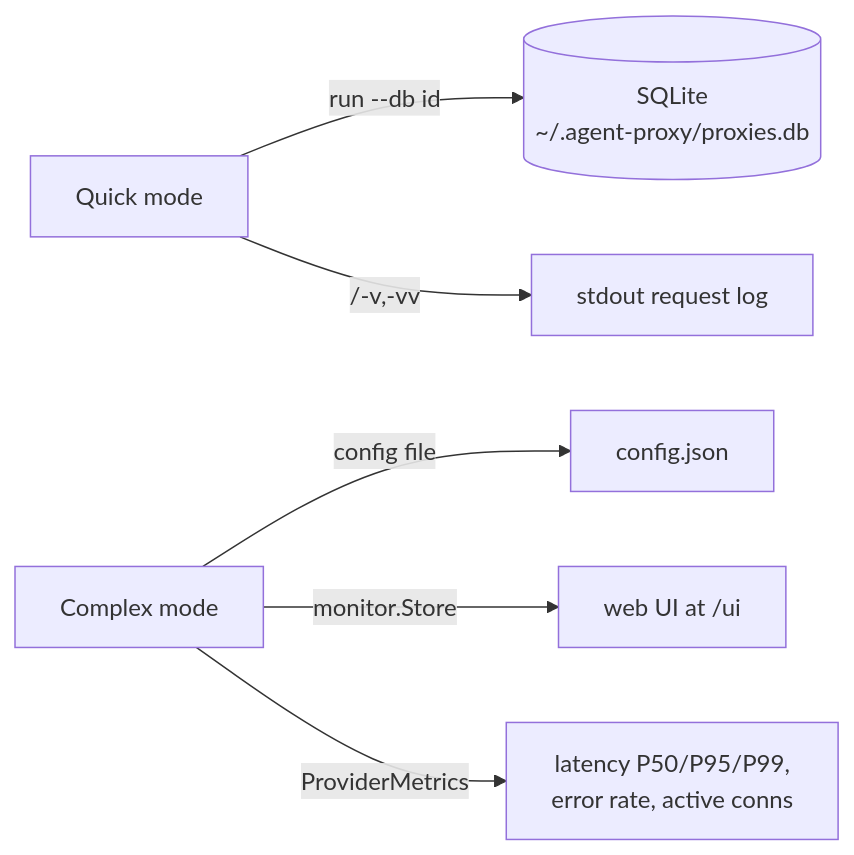
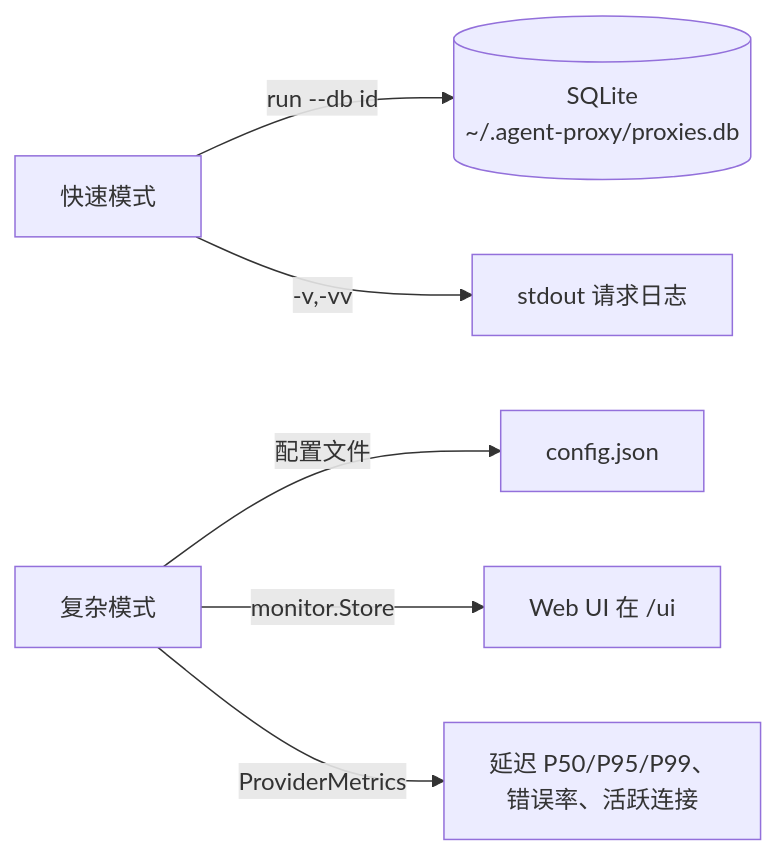
Before and after one commit to yejinlei/agent-proxy: the seventh of 7 diagrams in docs/ARCHITECTURE.md, drawn with Mermaid. The commit also changed other lines of this file and 5 other files, not shown here.

Commit message:
docs: fix mermaid quote escaping in 4 Chinese docs + interactive HTML zh

````diff
--- a/docs/ARCHITECTURE.md
+++ b/docs/ARCHITECTURE.md
@@ -335,8 +335,8 @@
 ```mermaid
 flowchart LR
-    QM[Quick mode] -->|run --db id| DB[(SQLite<br/>~/.agent-proxy/proxies.db)]
-    CM[Complex mode] -->|config file| CFG[config.json]
-    QM -->|/-v,-vv| LOG[stdout request log]
-    CM -->|monitor.Store| UI[web UI at /ui]
-    CM -->|ProviderMetrics| MET[latency P50/P95/P99,<br/>error rate, active conns]
+    QM["快速模式"] -->|"run --db id"| DB[(SQLite<br/>~/.agent-proxy/proxies.db)]
+    CM["复杂模式"] -->|配置文件| CFG[config.json]
+    QM -->|"`-v,-vv`"| LOG[stdout 请求日志]
+    CM -->|monitor.Store| UI["Web UI 在 /ui"]
+    CM -->|ProviderMetrics| MET["延迟 P50/P95/P99、<br/>错误率、活跃连接"]
 ```
````
